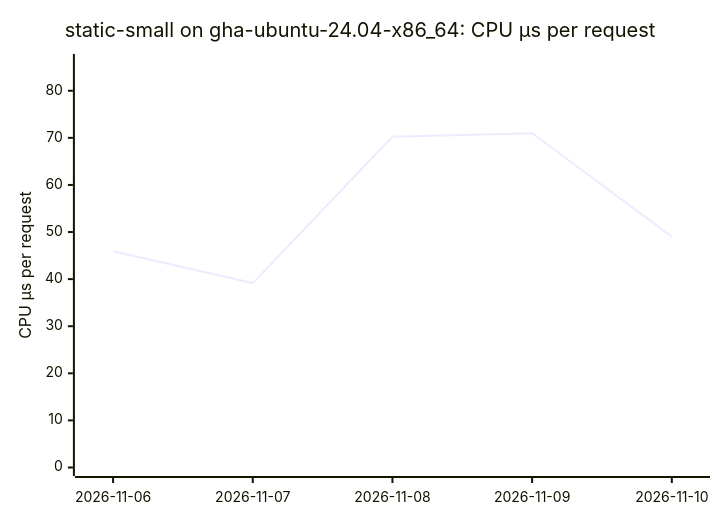
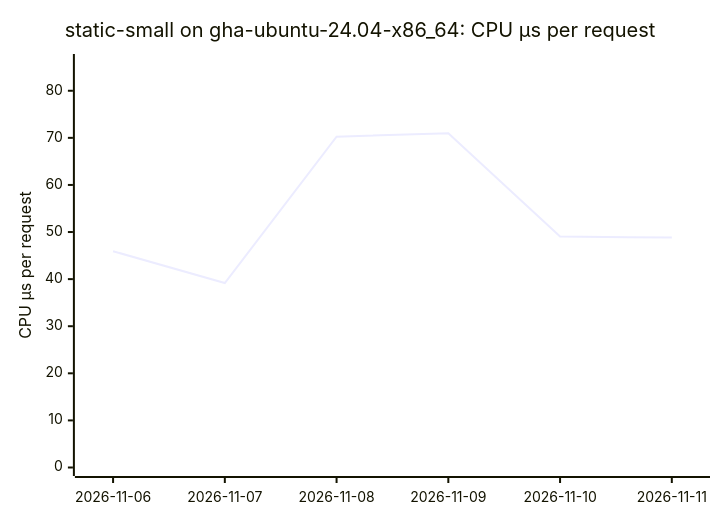
The first of 18 diagrams in BENCHMARKS.md (ThePixelPilgrim/durchlauferhitzer), drawn with Mermaid before and after one commit. The commit also changed other lines of this file and 1 other file, not shown here.

````diff
--- a/BENCHMARKS.md
+++ b/BENCHMARKS.md
@@ -26,7 +26,7 @@
 ```mermaid
 xychart-beta
   title "static-small on gha-ubuntu-24.04-x86_64: CPU µs per request"
-  x-axis ["2026-11-06", "2026-11-07", "2026-11-08", "2026-11-09", "2026-11-10"]
+  x-axis ["2026-11-06", "2026-11-07", "2026-11-08", "2026-11-09", "2026-11-10", "2026-11-11"]
   y-axis "CPU µs per request" 0 --> 86
-  line [45.92, 39.16, 70.24, 70.98, 49.03]
+  line [45.92, 39.16, 70.24, 70.98, 49.03, 48.84]
 ```
````
